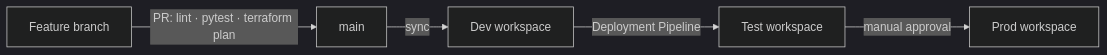
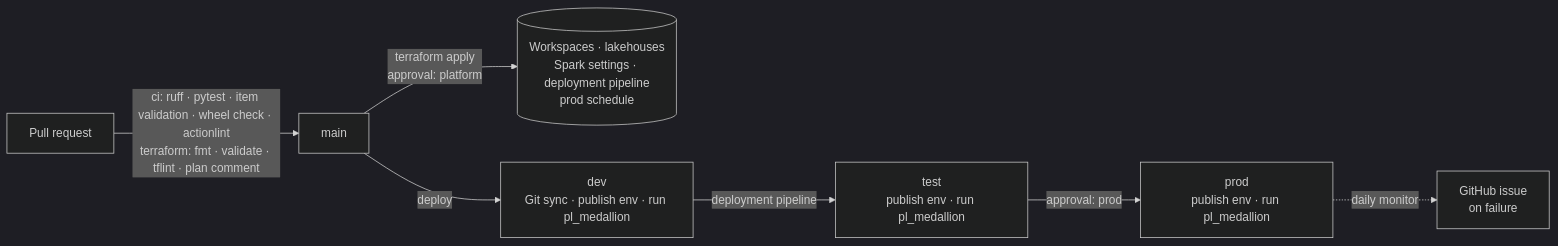
One commit to felipecastro-data/fabric-medallion-cicd-terraform changed the second of 2 diagrams in README.md. Above: the diagram before and after it, drawn with Mermaid (dark theme). The commit also changed other lines of this file and 8 other files, not shown here.

First line of the commit message:
feat(ops): prod monitor with GitHub-issue alerts, charts and final README (#12)

````diff
--- a/README.md
+++ b/README.md
@@ -31,7 +45,9 @@
 ```mermaid
 flowchart LR
-    Dev[Feature branch] -->|PR: lint · pytest · terraform plan| Main[main]
-    Main -->|sync| WSD[Dev workspace]
-    WSD -->|Deployment Pipeline| WST[Test workspace]
-    WST -->|manual approval| WSP[Prod workspace]
+    PR[Pull request] -->|ci: ruff · pytest · item validation · wheel check · actionlint<br/>terraform: fmt · validate · tflint · plan comment| Main[main]
+    Main -->|terraform apply<br/>approval: platform| TF[(Workspaces · lakehouses<br/>Spark settings · deployment pipeline<br/>prod schedule)]
+    Main -->|deploy| Dev[dev<br/>Git sync · publish env · run pl_medallion]
+    Dev -->|deployment pipeline| Test[test<br/>publish env · run pl_medallion]
+    Test -->|approval: prod| Prod[prod<br/>publish env · run pl_medallion]
+    Prod -.->|daily monitor| Issue[GitHub issue<br/>on failure]
 ```
````
